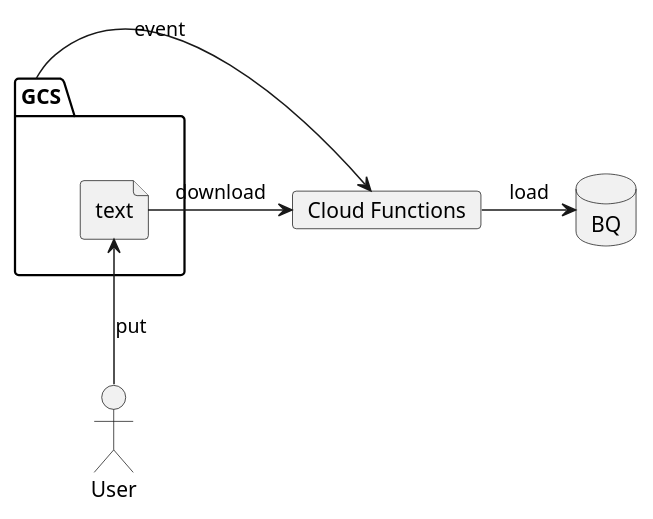
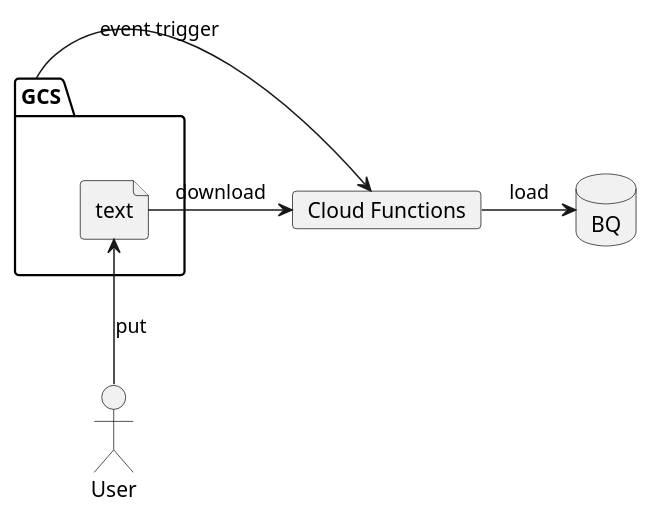
Before and after one commit to yomon8/google-serverless-framework-sample: the diagram in image.pu, drawn with PlantUML. The commit also changed 2 other files, not shown here.

```diff
--- a/image.pu
+++ b/image.pu
@@ -1,15 +1,15 @@
 @startuml
 actor User as user
 package "GCS" as gcs {
     file text
 }
 
 card "Cloud Functions" as cf
 database BQ as bq
 
 
 user -up-> text : put
-gcs -> cf : event
+gcs -> cf : event trigger
 text -> cf : download
 cf -> bq : load
 @enduml
```
